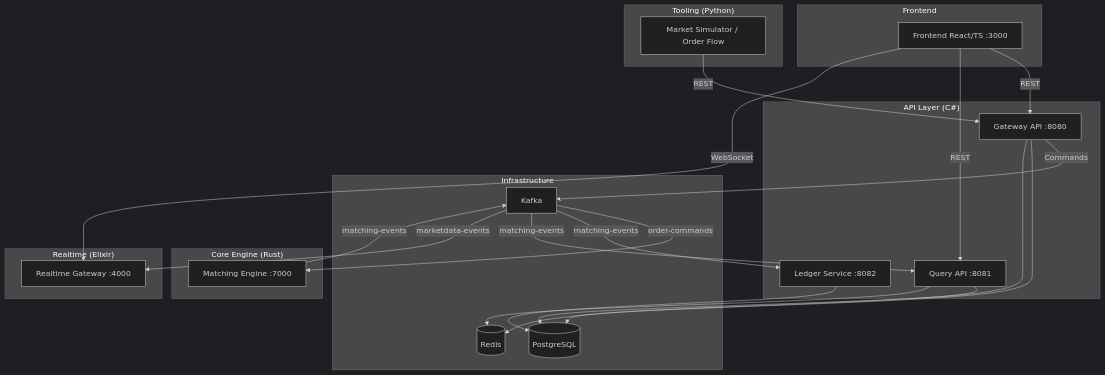
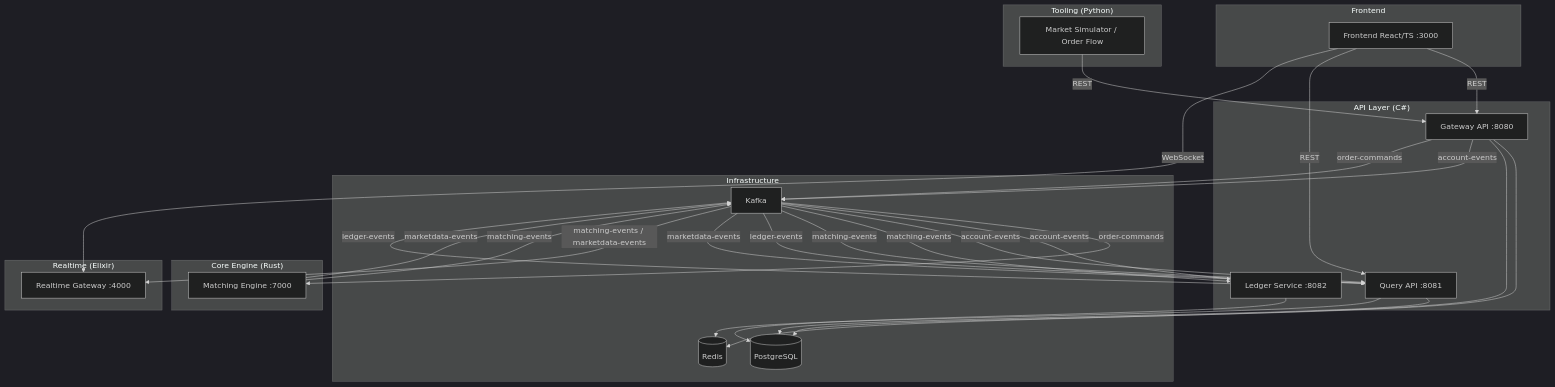
One commit to raidenario/trading changed the first of 5 diagrams in libs/docs/architecture-diagrams.md. Above: the diagram before and after it, drawn with Mermaid (dark theme). The commit also changed other lines of this file and 15 other files, not shown here.

````diff
--- a/libs/docs/architecture-diagrams.md
+++ b/libs/docs/architecture-diagrams.md
@@ -9,51 +9,59 @@
 ```mermaid
-graph TB
+flowchart TB
     subgraph Frontend
         FE["Frontend React/TS :3000"]
     end
 
     subgraph "API Layer (C#)"
         GW["Gateway API :8080"]
         QA["Query API :8081"]
         LS["Ledger Service :8082"]
     end
 
     subgraph "Core Engine (Rust)"
         ME["Matching Engine :7000"]
     end
 
     subgraph "Realtime (Elixir)"
         RT["Realtime Gateway :4000"]
     end
 
     subgraph "Tooling (Python)"
         TL["Market Simulator / Order Flow"]
     end
 
     subgraph Infrastructure
         PG[(PostgreSQL)]
         RD[(Redis)]
         KF["Kafka"]
     end
 
     FE -->|REST| GW
     FE -->|REST| QA
     FE -->|WebSocket| RT
 
-    GW -->|Commands| KF
+    TL -->|REST| GW
+
     GW --> PG
     GW --> RD
+    GW -->|account-events| KF
+    GW -->|order-commands| KF
 
     KF -->|order-commands| ME
     ME -->|matching-events| KF
+    ME -->|marketdata-events| KF
 
+    KF -->|account-events| LS
+    KF -->|account-events| QA
     KF -->|matching-events| LS
+    LS --> PG
+    LS -->|ledger-events| KF
+
     KF -->|matching-events| QA
-    KF -->|marketdata-events| RT
-
-    LS --> PG
+    KF -->|ledger-events| QA
+    KF -->|marketdata-events| QA
     QA --> PG
     QA --> RD
 
-    TL -->|REST| GW
+    KF -->|matching-events / marketdata-events| RT
 ```
````
